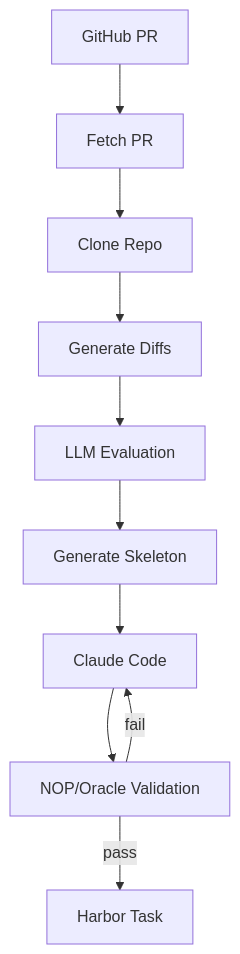
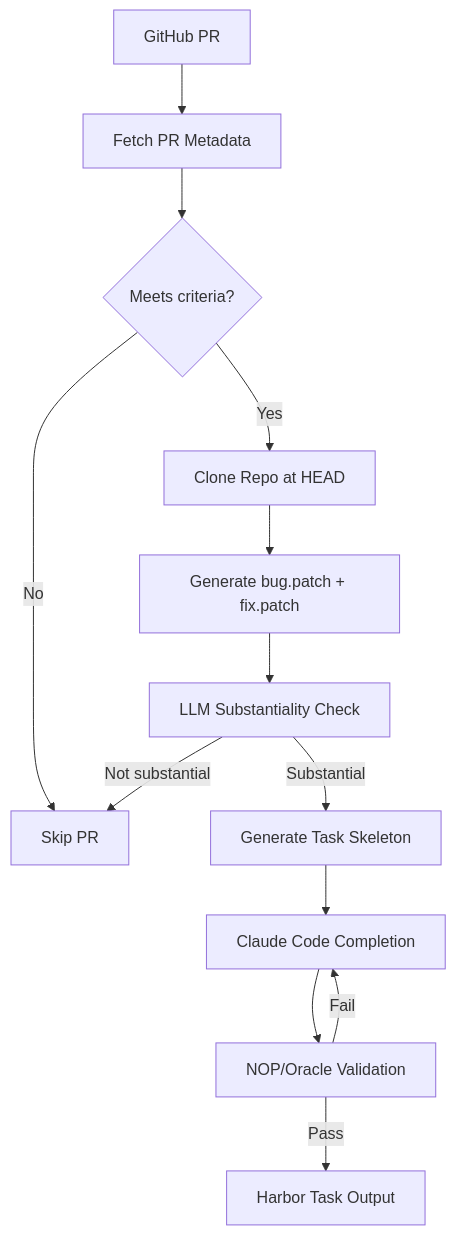
One commit to danielzayas/taskgen changed the seventh of 8 diagrams in docs/swe_smith_comparison.md. Above: the diagram before and after it, drawn with Mermaid. The commit also changed other lines of this file, not shown here.

Commit message:
fix git diff comparison doc

````diff
--- a/docs/swe_smith_comparison.md
+++ b/docs/swe_smith_comparison.md
@@ -317,12 +479,15 @@
 ```mermaid
 flowchart TB
-    PR[GitHub PR] --> Fetch[Fetch PR]
-    Fetch --> Clone[Clone Repo]
-    Clone --> Diff[Generate Diffs]
-    Diff --> Eval[LLM Evaluation]
-    Eval --> Skeleton[Generate Skeleton]
-    Skeleton --> CC[Claude Code]
+    PR[GitHub PR] --> Fetch[Fetch PR Metadata]
+    Fetch --> Check{Meets criteria?}
+    Check -->|No| Skip[Skip PR]
+    Check -->|Yes| Clone[Clone Repo at HEAD]
+    Clone --> Diff[Generate bug.patch + fix.patch]
+    Diff --> Eval[LLM Substantiality Check]
+    Eval -->|Not substantial| Skip
+    Eval -->|Substantial| Skeleton[Generate Task Skeleton]
+    Skeleton --> CC[Claude Code Completion]
     CC --> Validate[NOP/Oracle Validation]
-    Validate -->|fail| CC
-    Validate -->|pass| Task[Harbor Task]
+    Validate -->|Fail| CC
+    Validate -->|Pass| Task[Harbor Task Output]
 ```
````
